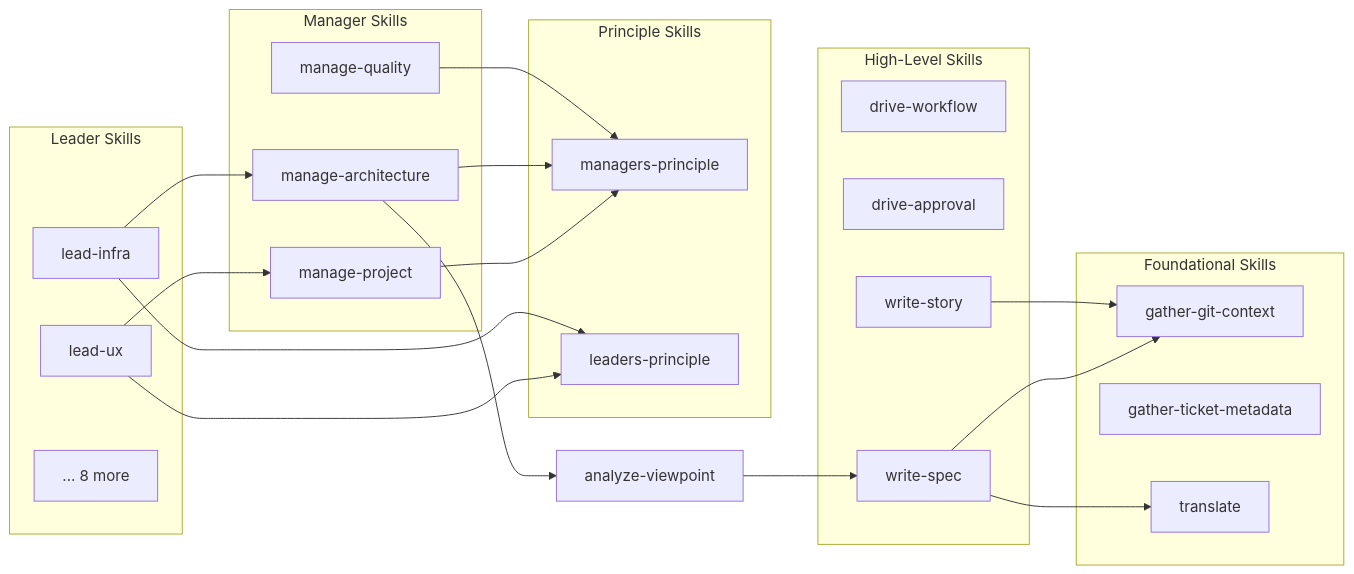
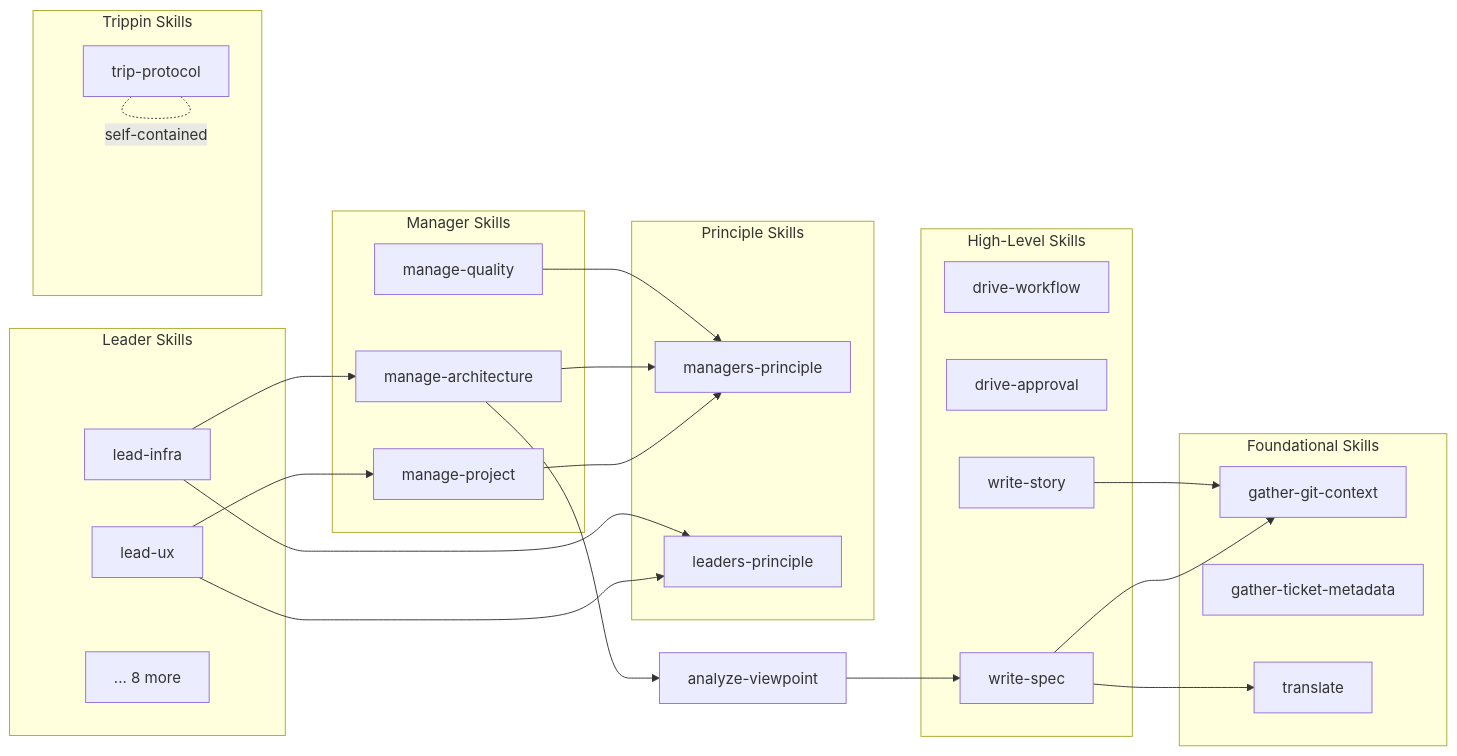
One commit to qmu/workaholic changed the third of 3 diagrams in .workaholic/specs/component.md. Above: the diagram before and after it, drawn with Mermaid. The commit also changed other lines of this file and 57 other files, not shown here.

````diff
--- a/.workaholic/specs/component.md
+++ b/.workaholic/specs/component.md
@@ -286,47 +371,53 @@
 ```mermaid
 flowchart LR
     subgraph "Manager Skills"
         MP[manage-project]
         MA[manage-architecture]
         MQ[manage-quality]
     end
 
     subgraph "Principle Skills"
         MgrP[managers-principle]
         LeadP[leaders-principle]
     end
 
     subgraph "Leader Skills"
         LUX[lead-ux]
         LInfra[lead-infra]
         LOther[... 8 more]
+    end
+
+    subgraph "Trippin Skills"
+        TP[trip-protocol]
     end
 
     subgraph "High-Level Skills"
         DW[drive-workflow]
         DA[drive-approval]
         WS[write-spec]
         WStory[write-story]
     end
 
     subgraph "Foundational Skills"
         GGC[gather-git-context]
         GTM[gather-ticket-metadata]
         T[translate]
     end
 
     MP --> MgrP
     MA --> MgrP
     MQ --> MgrP
 
     LUX --> LeadP
     LUX --> MP
     LInfra --> LeadP
     LInfra --> MA
 
     WS --> GGC
     WS --> T
     WStory --> GGC
     MA --> analyze-viewpoint
     analyze-viewpoint --> WS
+
+    TP -.- |self-contained| TP
 ```
````
